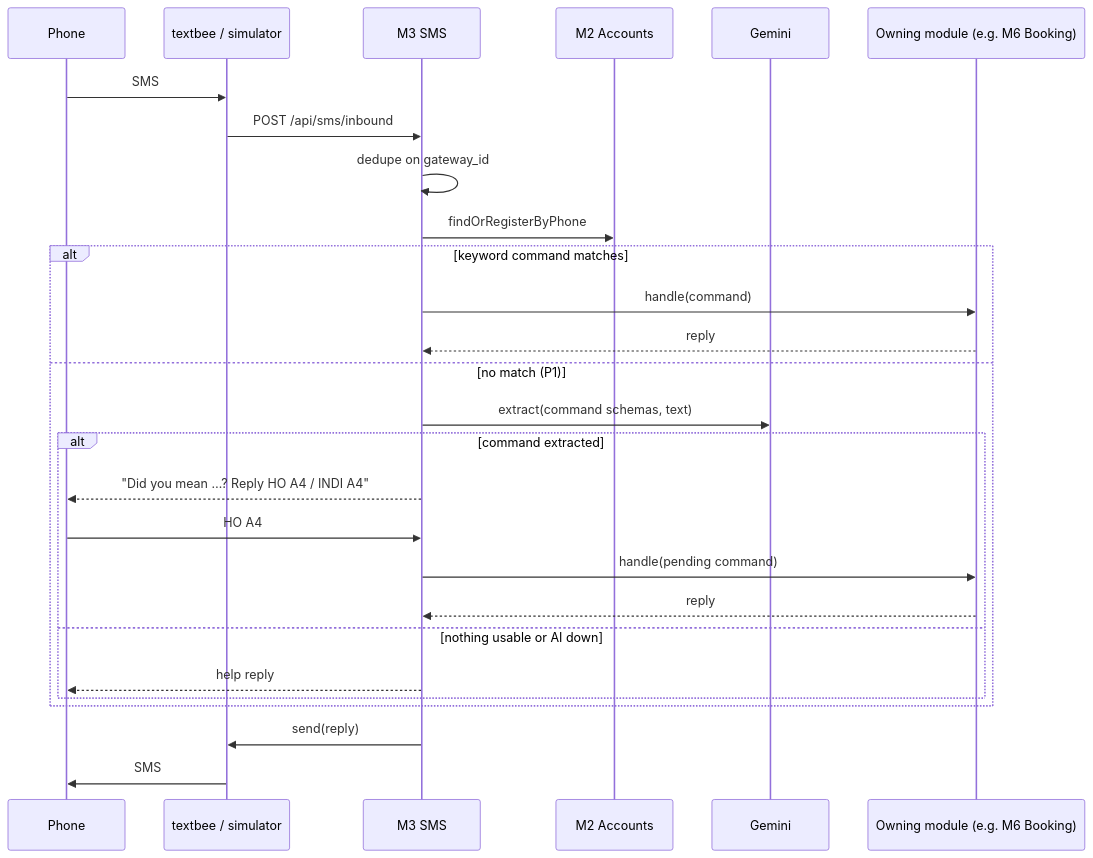
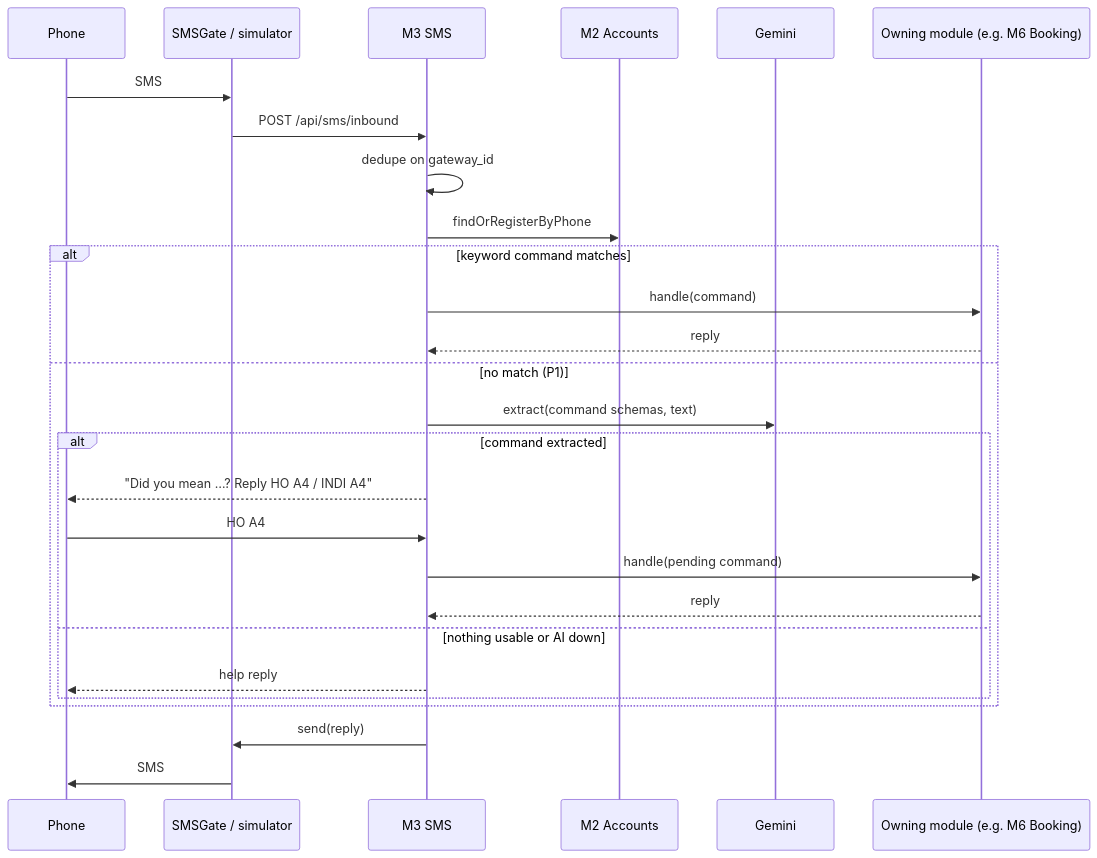
One commit to andrianllmm/hack-iloilo changed the fourth of 6 diagrams in TRD.md. Above: the diagram before and after it, drawn with Mermaid. The commit also changed other lines of this file, not shown here.

Commit message:
docs: switch SMS to self-hosted SMSGate

````diff
--- a/TRD.md
+++ b/TRD.md
@@ -411,29 +427,29 @@
 ```mermaid
 sequenceDiagram
   participant P as Phone
-  participant G as textbee / simulator
+  participant G as SMSGate / simulator
   participant S as M3 SMS
   participant A as M2 Accounts
   participant AI as Gemini
   participant H as Owning module (e.g. M6 Booking)
   P->>G: SMS
   G->>S: POST /api/sms/inbound
   S->>S: dedupe on gateway_id
   S->>A: findOrRegisterByPhone
   alt keyword command matches
     S->>H: handle(command)
     H-->>S: reply
   else no match (P1)
     S->>AI: extract(command schemas, text)
     alt command extracted
       S-->>P: "Did you mean …? Reply HO A4 / INDI A4"
       P->>S: HO A4
       S->>H: handle(pending command)
       H-->>S: reply
     else nothing usable or AI down
       S-->>P: help reply
     end
   end
   S->>G: send(reply)
   G->>P: SMS
 ```
````
